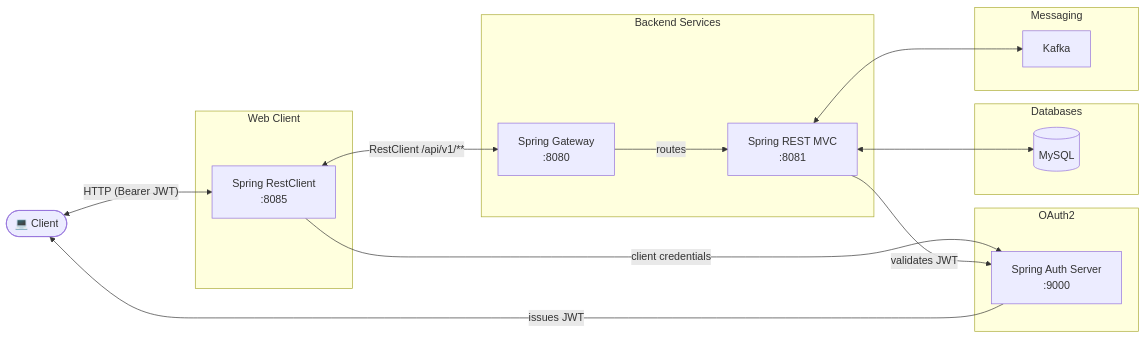
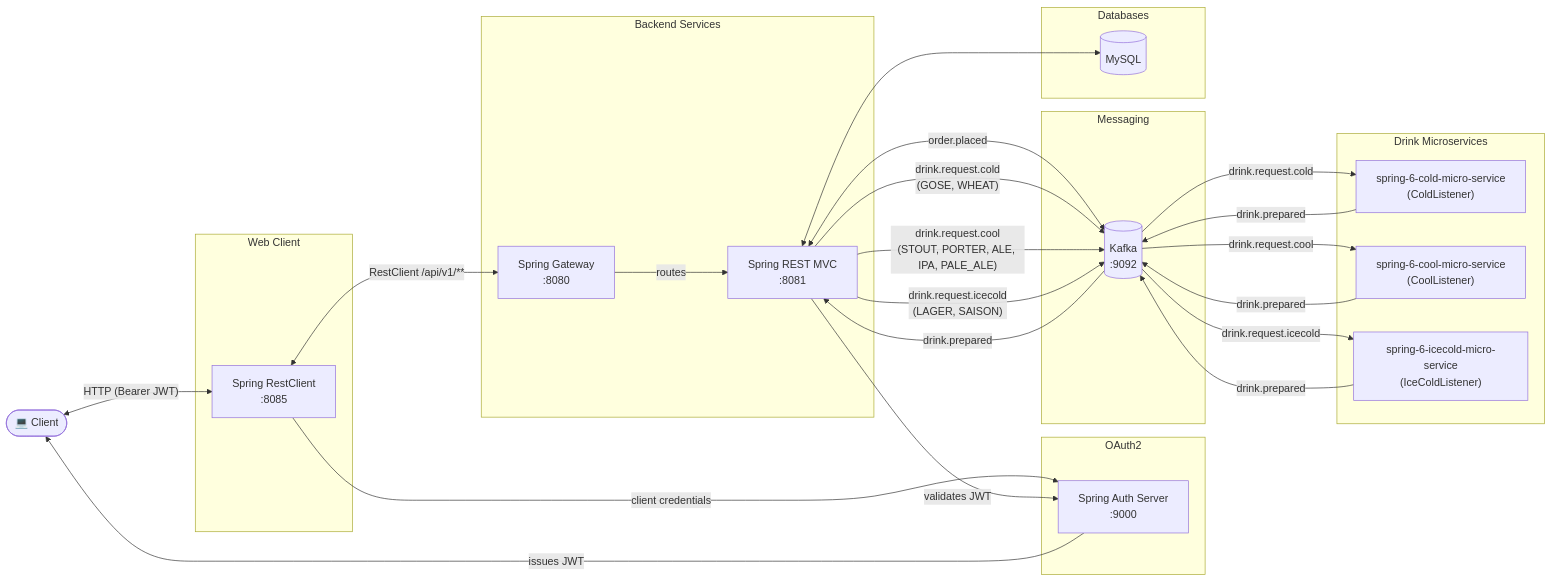
The second of 2 diagrams in README.md (dboeckli/spring-6-restclient), drawn with Mermaid before and after one commit. The commit also changed other lines of this file and 13 other files, not shown here.

First line of the commit message:
Feature/helm charts docker registry (#147)

````diff
--- a/README.md
+++ b/README.md
@@ -12,34 +69,50 @@
 ```mermaid
 graph LR
     Client(["💻 Client"])
 
     subgraph Auth ["OAuth2"]
         AuthServer["Spring Auth Server\n:9000"]
     end
 
     subgraph WebApp ["Web Client"]
         App["Spring RestClient\n:8085"]
     end
 
     subgraph Backends ["Backend Services"]
         Gateway["Spring Gateway\n:8080"]
         RestMvc["Spring REST MVC\n:8081"]
     end
 
+    subgraph Messaging ["Messaging"]
+        Kafka[("Kafka\n:9092")]
+    end
+
+    subgraph Drinks ["Drink Microservices"]
+        Cold["spring-6-cold-micro-service\n(ColdListener)"]
+        Cool["spring-6-cool-micro-service\n(CoolListener)"]
+        IceCold["spring-6-icecold-micro-service\n(IceColdListener)"]
+    end
+
     subgraph Databases ["Databases"]
         MySQL[("MySQL")]
     end
 
-    subgraph Messaging ["Messaging"]
-        Kafka["Kafka"]
-    end
-
     AuthServer -->|"issues JWT"| Client
     Client <-->|"HTTP (Bearer JWT)"| App
+    App -->|"client credentials"| AuthServer
     App <-->|"RestClient /api/v1/**"| Gateway
     Gateway -->|"routes"| RestMvc
-    App -->|"client credentials"| AuthServer
     RestMvc -->|"validates JWT"| AuthServer
     RestMvc <--> MySQL
-    RestMvc <--> Kafka
+    RestMvc <-->|"order.placed"| Kafka
+    RestMvc -->|"drink.request.cold\n(GOSE, WHEAT)"| Kafka
+    RestMvc -->|"drink.request.cool\n(STOUT, PORTER, ALE, IPA, PALE_ALE)"| Kafka
+    RestMvc -->|"drink.request.icecold\n(LAGER, SAISON)"| Kafka
+    Kafka -->|"drink.request.cold"| Cold
+    Kafka -->|"drink.request.cool"| Cool
+    Kafka -->|"drink.request.icecold"| IceCold
+    Cold -->|"drink.prepared"| Kafka
+    Cool -->|"drink.prepared"| Kafka
+    IceCold -->|"drink.prepared"| Kafka
+    Kafka -->|"drink.prepared"| RestMvc
 ```
````
